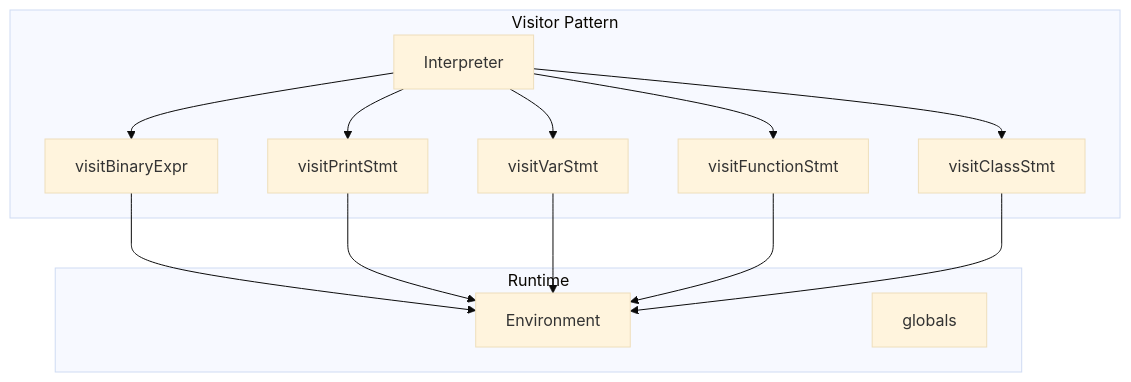
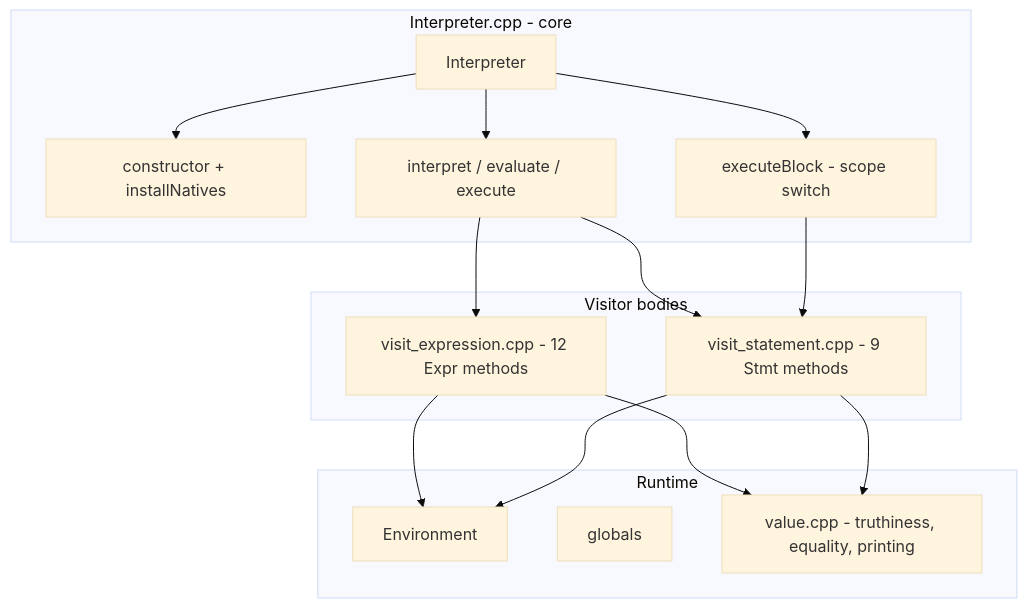
One commit to IshpreetSingh8264/Interpreter-Cpp changed the fifth of 11 diagrams in docs/ARCHITECTURE.md. Above: the diagram before and after it, drawn with Mermaid (base theme). The commit also changed other lines of this file and 5 other files, not shown here.

First line of the commit message:
docs: add the agent-facing architecture doc and refresh both flow docs

````diff
--- a/docs/ARCHITECTURE.md
+++ b/docs/ARCHITECTURE.md
@@ -132,17 +148,26 @@
 ```mermaid
 flowchart TB
-    subgraph "Visitor Pattern"
-        A[Interpreter] --> B[visitBinaryExpr]
-        A --> C[visitPrintStmt]
-        A --> D[visitVarStmt]
-        A --> E[visitFunctionStmt]
-        A --> F[visitClassStmt]
+    subgraph "Interpreter.cpp - core"
+        A[Interpreter] --> A1[constructor + installNatives]
+        A --> A2[interpret / evaluate / execute]
+        A --> A3[executeBlock - scope switch]
     end
-    
+
+    subgraph "Visitor bodies"
+        B[visit_expression.cpp - 12 Expr methods]
+        C[visit_statement.cpp - 9 Stmt methods]
+    end
+
+    A2 --> B
+    A2 --> C
+    A3 --> C
+
     subgraph "Runtime"
         G[Environment]
         H[globals]
+        V[value.cpp - truthiness, equality, printing]
     end
-    
-    B & C & D & E & F --> G
+
+    B & C --> G
+    B & C --> V
 ```
````
